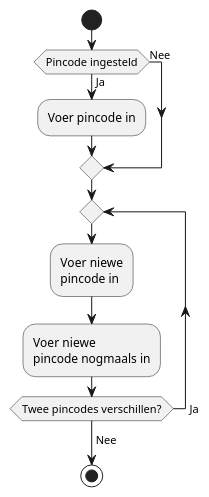
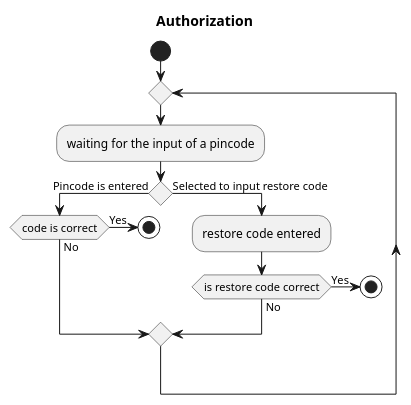
Before and after one commit to martijnvandijk/th06: the fifth of 5 diagrams in Documentatie/Source/Modellen/activitydiagram.puml, drawn with PlantUML. The commit also changed other lines of this file, not shown here.

Commit message:
edited activity diagram

```diff
--- a/Documentatie/Source/Modellen/activitydiagram.puml
+++ b/Documentatie/Source/Modellen/activitydiagram.puml
@@ -88,16 +79,17 @@
 @startuml
+title Authorization
 start
-if (Pincode ingesteld) then (Ja)
-	:Voer pincode in;
-else (Nee)
-endif
+    repeat
+	:waiting for the input of a pincode;
+	if () then(Pincode is entered)
+		if (code is correct) then (Yes)
+    	    stop
+    	else(No)
+    	endif
+    else(Selected to input restore code)
+    :restore code entered;
+    if (is restore code correct) then (Yes)
+        stop
+    else(No)
 
-repeat
-:Voer niewe
-pincode in;
-:Voer niewe
-pincode nogmaals in;
-repeat while (Twee pincodes verschillen?) -> Ja
--> Nee;
-stop
 @enduml
```
